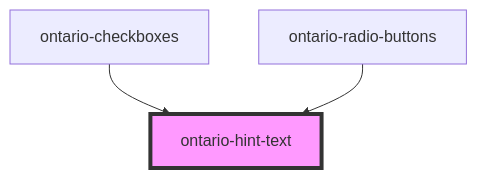
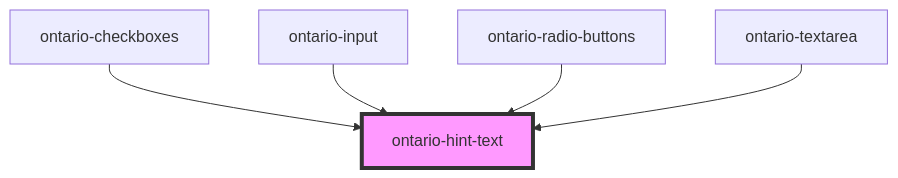
One commit to ongov/ontario-design-system changed the diagram in packages/ontario-design-system-component-library/src/components/ontario-hint-text/readme.md. Above: the diagram before and after it, drawn with Mermaid. The commit also changed other lines of this file and 7 other files, not shown here.

Commit message:
hint text and textarea added for Ontario input and Ontario textarea

````diff
--- a/packages/ontario-design-system-component-library/src/components/ontario-hint-text/readme.md
+++ b/packages/ontario-design-system-component-library/src/components/ontario-hint-text/readme.md
@@ -52,6 +54,8 @@
 ```mermaid
 graph TD;
   ontario-checkboxes --> ontario-hint-text
+  ontario-input --> ontario-hint-text
   ontario-radio-buttons --> ontario-hint-text
+  ontario-textarea --> ontario-hint-text
   style ontario-hint-text fill:#f9f,stroke:#333,stroke-width:4px
 ```
````
